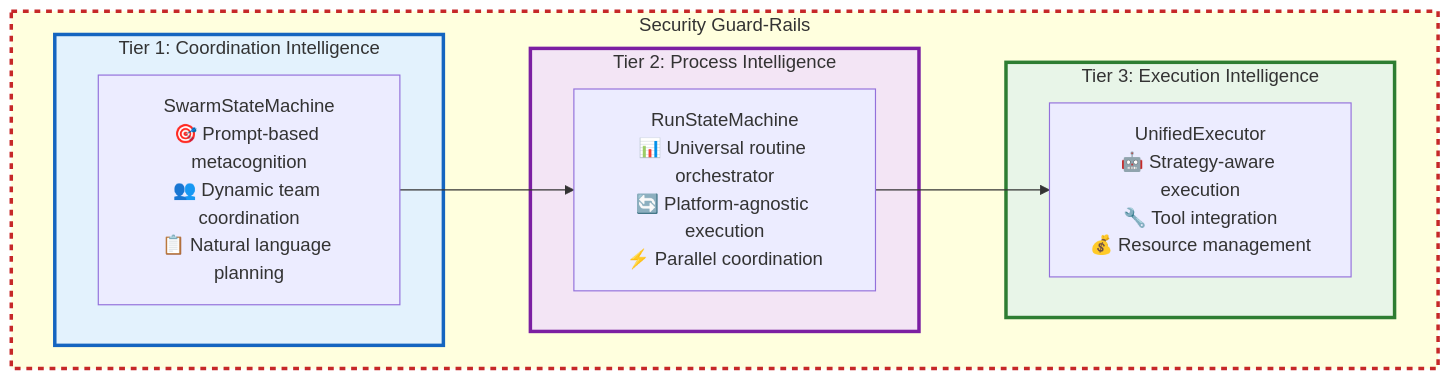
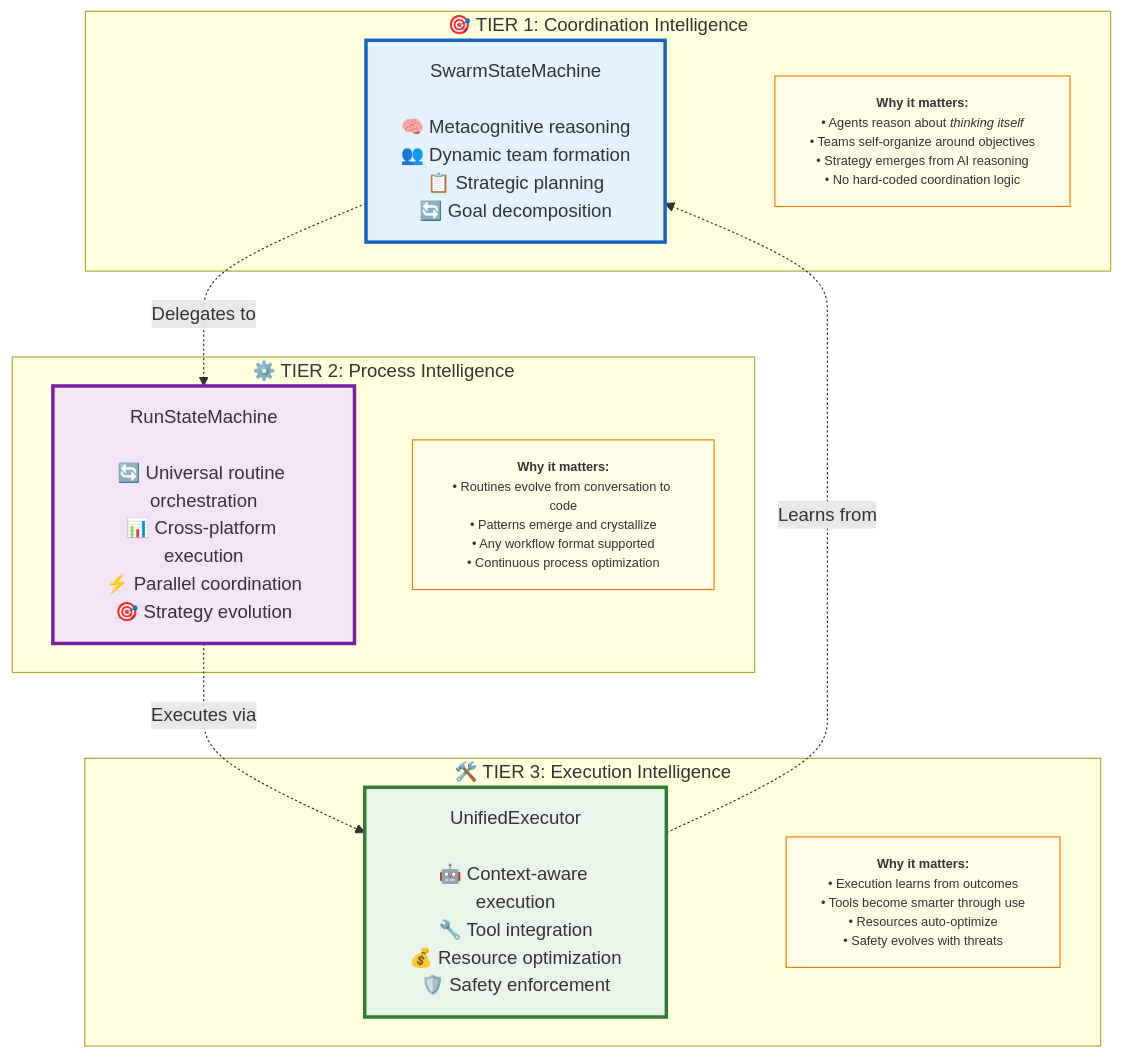
Before and after one commit to Vrooli/Vrooli: the second of 6 diagrams in docs/architecture/execution/README.md, drawn with Mermaid. The commit also changed other lines of this file and 10 other files, not shown here.

````diff
--- a/docs/architecture/execution/README.md
+++ b/docs/architecture/execution/README.md
@@ -18,19 +47,31 @@
 ```mermaid
-graph TD
-    subgraph SecurityBoundary ["Security Guard-Rails"]
-        subgraph Tier1 [Tier 1: Coordination Intelligence]
-            T1[SwarmStateMachine<br/>🎯 Prompt-based metacognition<br/>👥 Dynamic team coordination<br/>📋 Natural language planning]
-        end
-        subgraph Tier2 [Tier 2: Process Intelligence]
-            T2[RunStateMachine<br/>📊 Universal routine orchestrator<br/>🔄 Platform-agnostic execution<br/>⚡ Parallel coordination]
-        end
-        subgraph Tier3 [Tier 3: Execution Intelligence]
-            T3[UnifiedExecutor<br/>🤖 Strategy-aware execution<br/>🔧 Tool integration<br/>💰 Resource management]
-        end
-        T1 --> T2 --> T3
+graph TB
+    subgraph "🎯 TIER 1: Coordination Intelligence"
+        T1[SwarmStateMachine<br/><br/>🧠 Metacognitive reasoning<br/>👥 Dynamic team formation<br/>📋 Strategic planning<br/>🔄 Goal decomposition]
+        T1_Desc["<b>Why it matters:</b><br/>• Agents reason about <i>thinking itself</i><br/>• Teams self-organize around objectives<br/>• Strategy emerges from AI reasoning<br/>• No hard-coded coordination logic"]
     end
-    style SecurityBoundary stroke:#c62828,stroke-width:3px,stroke-dasharray:5 5
-    style Tier1 fill:#e3f2fd,stroke:#1565c0,stroke-width:3px
-    style Tier2 fill:#f3e5f5,stroke:#7b1fa2,stroke-width:3px
-    style Tier3 fill:#e8f5e8,stroke:#2e7d32,stroke-width:3px
+    
+    subgraph "⚙️ TIER 2: Process Intelligence"  
+        T2[RunStateMachine<br/><br/>🔄 Universal routine orchestration<br/>📊 Cross-platform execution<br/>⚡ Parallel coordination<br/>🎯 Strategy evolution]
+        T2_Desc["<b>Why it matters:</b><br/>• Routines evolve from conversation to code<br/>• Patterns emerge and crystallize<br/>• Any workflow format supported<br/>• Continuous process optimization"]
+    end
+    
+    subgraph "🛠️ TIER 3: Execution Intelligence"
+        T3[UnifiedExecutor<br/><br/>🤖 Context-aware execution<br/>🔧 Tool integration<br/>💰 Resource optimization<br/>🛡️ Safety enforcement]
+        T3_Desc["<b>Why it matters:</b><br/>• Execution learns from outcomes<br/>• Tools become smarter through use<br/>• Resources auto-optimize<br/>• Safety evolves with threats"]
+    end
+    
+    T1 -.->|"Delegates to"| T2
+    T2 -.->|"Executes via"| T3
+    T3 -.->|"Learns from"| T1
+    
+    classDef tier1 fill:#e3f2fd,stroke:#1565c0,stroke-width:3px
+    classDef tier2 fill:#f3e5f5,stroke:#7b1fa2,stroke-width:3px  
+    classDef tier3 fill:#e8f5e8,stroke:#2e7d32,stroke-width:3px
+    classDef desc fill:#fffde7,stroke:#f57c00,stroke-width:1px,font-size:11px
+    
+    class T1 tier1
+    class T2 tier2
+    class T3 tier3
+    class T1_Desc,T2_Desc,T3_Desc desc
 ```
````
